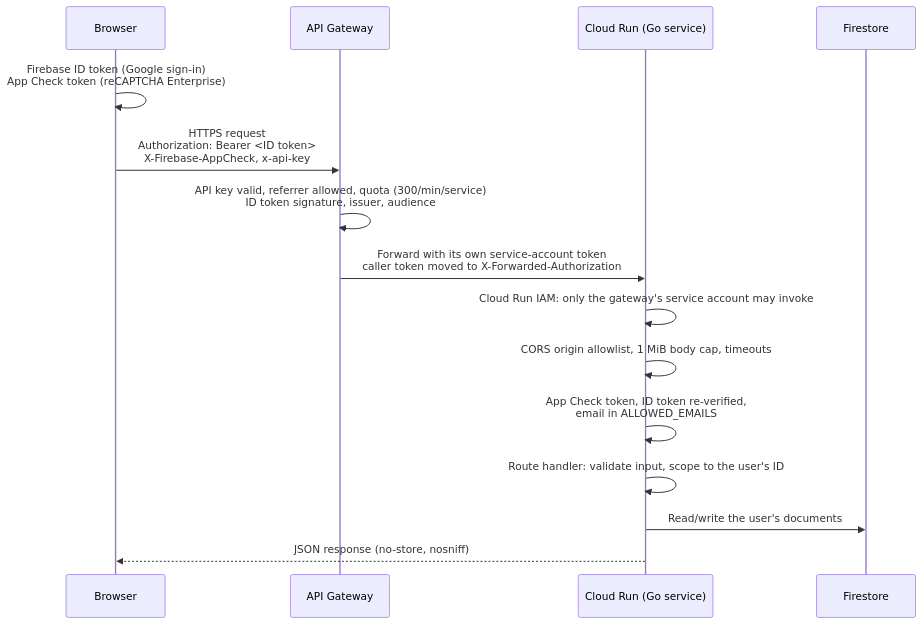
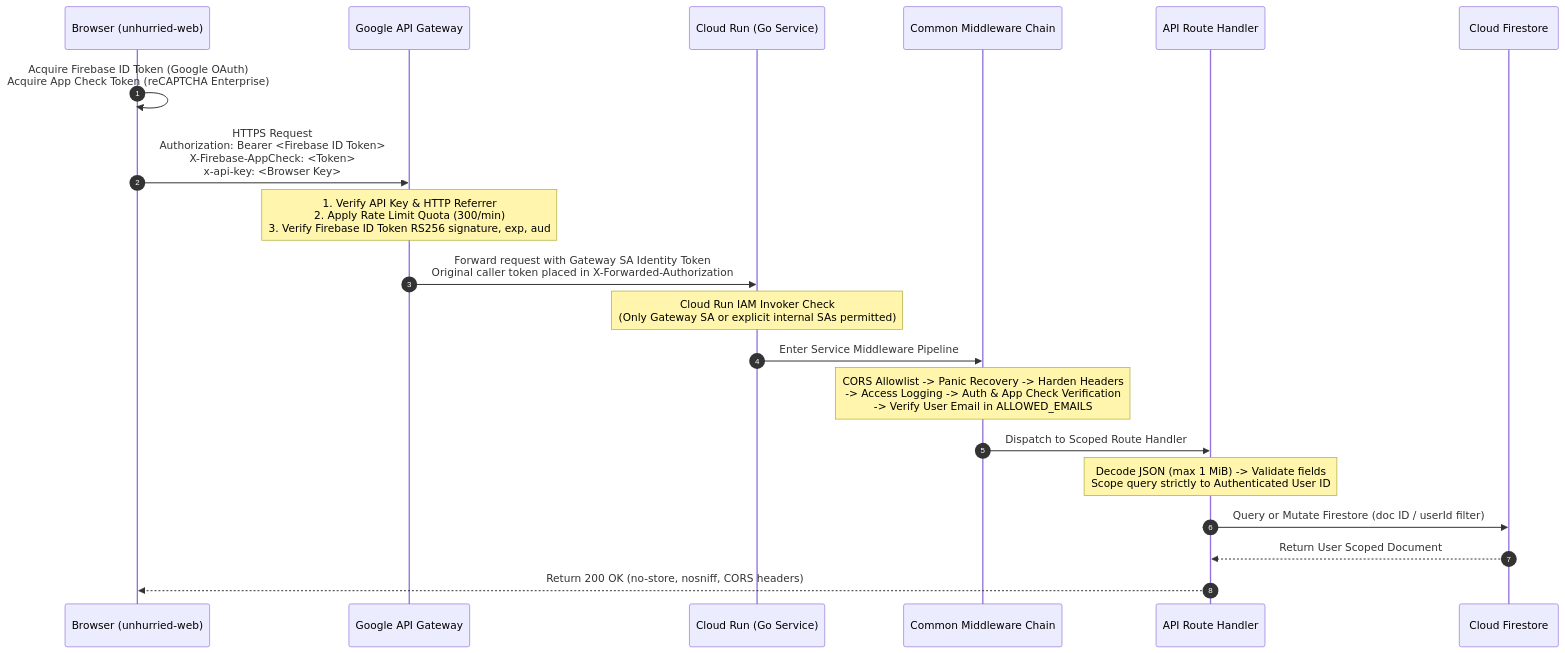
One commit to Unhurried-Careers/unhurried-product changed the second of 8 diagrams in docs/architecture.md. Above: the diagram before and after it, drawn with Mermaid. The commit also changed other lines of this file and 1 other file, not shown here.

Commit message:
docs: add comprehensive architecture diagrams and update subsystem documentation

````diff
--- a/docs/architecture.md
+++ b/docs/architecture.md
@@ -72,17 +106,26 @@
 ```mermaid
 sequenceDiagram
-  participant B as Browser
-  participant GW as API Gateway
-  participant CR as Cloud Run (Go service)
-  participant FS as Firestore
-  B->>B: Firebase ID token (Google sign-in)<br/>App Check token (reCAPTCHA Enterprise)
-  B->>GW: HTTPS request<br/>Authorization: Bearer <ID token><br/>X-Firebase-AppCheck, x-api-key
-  GW->>GW: API key valid, referrer allowed, quota (300/min/service)<br/>ID token signature, issuer, audience
-  GW->>CR: Forward with its own service-account token<br/>caller token moved to X-Forwarded-Authorization
-  CR->>CR: Cloud Run IAM: only the gateway's service account may invoke
-  CR->>CR: CORS origin allowlist, 1 MiB body cap, timeouts
-  CR->>CR: App Check token, ID token re-verified,<br/>email in ALLOWED_EMAILS
-  CR->>CR: Route handler: validate input, scope to the user's ID
-  CR->>FS: Read/write the user's documents
-  CR-->>B: JSON response (no-store, nosniff)
+  autonumber
+  participant B as Browser (unhurried-web)
+  participant GW as Google API Gateway
+  participant CR as Cloud Run (Go Service)
+  participant MW as Common Middleware Chain
+  participant HD as API Route Handler
+  participant FS as Cloud Firestore
+
+  B->>B: Acquire Firebase ID Token (Google OAuth)<br/>Acquire App Check Token (reCAPTCHA Enterprise)
+  B->>GW: HTTPS Request<br/>Authorization: Bearer <Firebase ID Token><br/>X-Firebase-AppCheck: <Token><br/>x-api-key: <Browser Key>
+  
+  Note over GW: 1. Verify API Key & HTTP Referrer<br/>2. Apply Rate Limit Quota (300/min)<br/>3. Verify Firebase ID Token RS256 signature, exp, aud
+  GW->>CR: Forward request with Gateway SA Identity Token<br/>Original caller token placed in X-Forwarded-Authorization
+  
+  Note over CR: Cloud Run IAM Invoker Check<br/>(Only Gateway SA or explicit internal SAs permitted)
+  CR->>MW: Enter Service Middleware Pipeline
+  Note over MW: CORS Allowlist -> Panic Recovery -> Harden Headers<br/>-> Access Logging -> Auth & App Check Verification<br/>-> Verify User Email in ALLOWED_EMAILS
+  
+  MW->>HD: Dispatch to Scoped Route Handler
+  Note over HD: Decode JSON (max 1 MiB) -> Validate fields<br/>Scope query strictly to Authenticated User ID
+  HD->>FS: Query or Mutate Firestore (doc ID / userId filter)
+  FS-->>HD: Return User Scoped Document
+  HD-->>B: Return 200 OK (no-store, nosniff, CORS headers)
 ```
````
